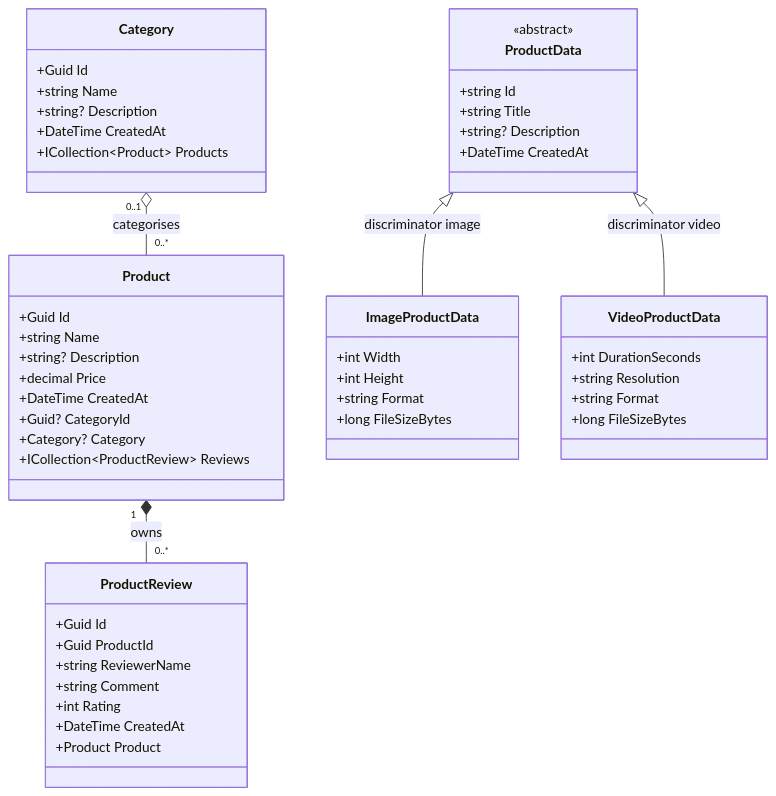
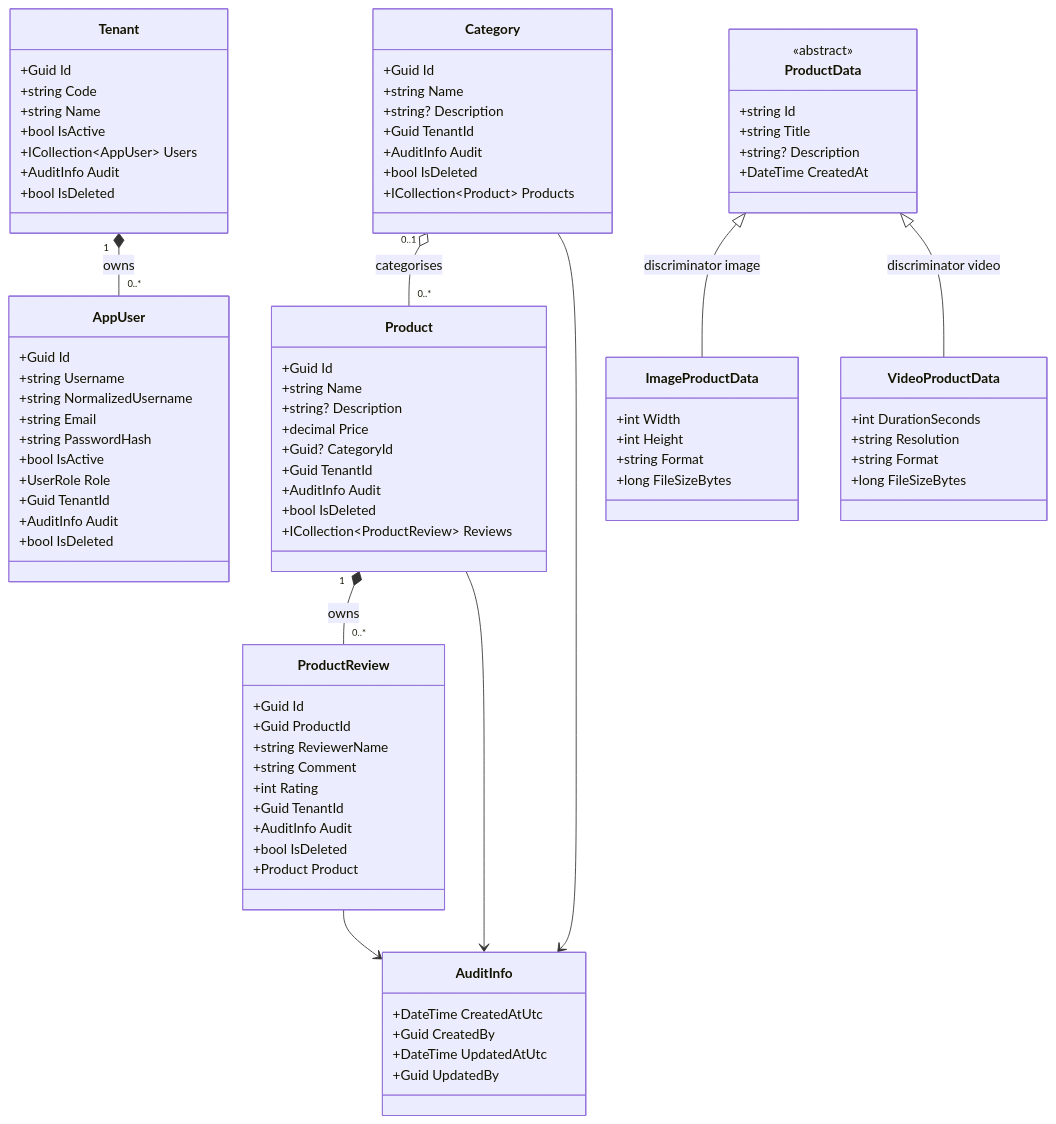
One commit to zribktad/API-Template changed the second of 2 diagrams in README.md. Above: the diagram before and after it, drawn with Mermaid. The commit also changed other lines of this file, not shown here.

Commit message:
feat: Enhance README with multi-tenancy, audit fields, rate limiting, and output caching details

````diff
--- a/README.md
+++ b/README.md
@@ -121,10 +130,35 @@
 ```mermaid
 classDiagram
+    class Tenant {
+        +Guid Id
+        +string Code
+        +string Name
+        +bool IsActive
+        +ICollection~AppUser~ Users
+        +AuditInfo Audit
+        +bool IsDeleted
+    }
+
+    class AppUser {
+        +Guid Id
+        +string Username
+        +string NormalizedUsername
+        +string Email
+        +string PasswordHash
+        +bool IsActive
+        +UserRole Role
+        +Guid TenantId
+        +AuditInfo Audit
+        +bool IsDeleted
+    }
+
     class Category {
         +Guid Id
         +string Name
         +string? Description
-        +DateTime CreatedAt
+        +Guid TenantId
+        +AuditInfo Audit
+        +bool IsDeleted
         +ICollection~Product~ Products
     }
 
@@ -133,9 +167,10 @@
         +string Name
         +string? Description
         +decimal Price
-        +DateTime CreatedAt
         +Guid? CategoryId
-        +Category? Category
+        +Guid TenantId
+        +AuditInfo Audit
+        +bool IsDeleted
         +ICollection~ProductReview~ Reviews
     }
 
@@ -145,8 +180,17 @@
         +string ReviewerName
         +string Comment
         +int Rating
-        +DateTime CreatedAt
+        +Guid TenantId
+        +AuditInfo Audit
+        +bool IsDeleted
         +Product Product
+    }
+
+    class AuditInfo {
+        +DateTime CreatedAtUtc
+        +Guid CreatedBy
+        +DateTime UpdatedAtUtc
+        +Guid UpdatedBy
     }
 
     class ProductData {
@@ -171,8 +215,12 @@
         +long FileSizeBytes
     }
 
+    Tenant "1" *-- "0..*" AppUser : owns
     Category "0..1" o-- "0..*" Product : categorises
     Product "1" *-- "0..*" ProductReview : owns
+    Product --> AuditInfo
+    Category --> AuditInfo
+    ProductReview --> AuditInfo
     ProductData <|-- ImageProductData : discriminator image
     ProductData <|-- VideoProductData : discriminator video
 ```
````
